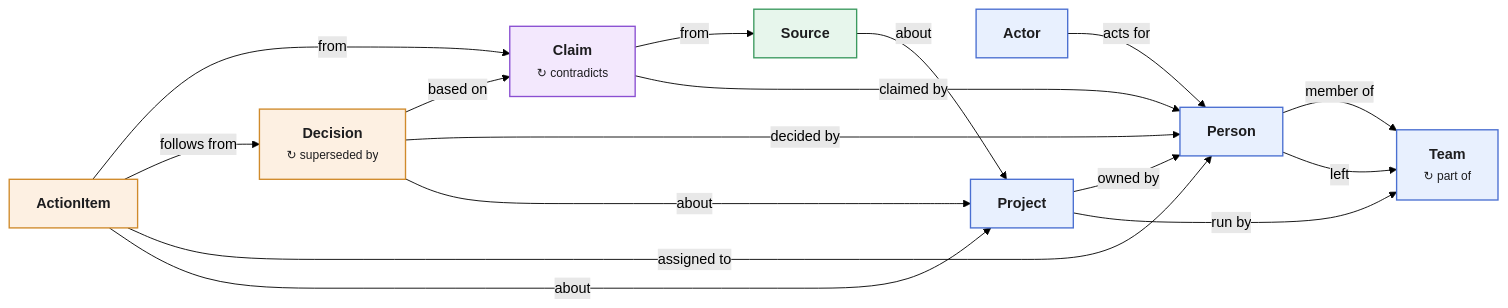
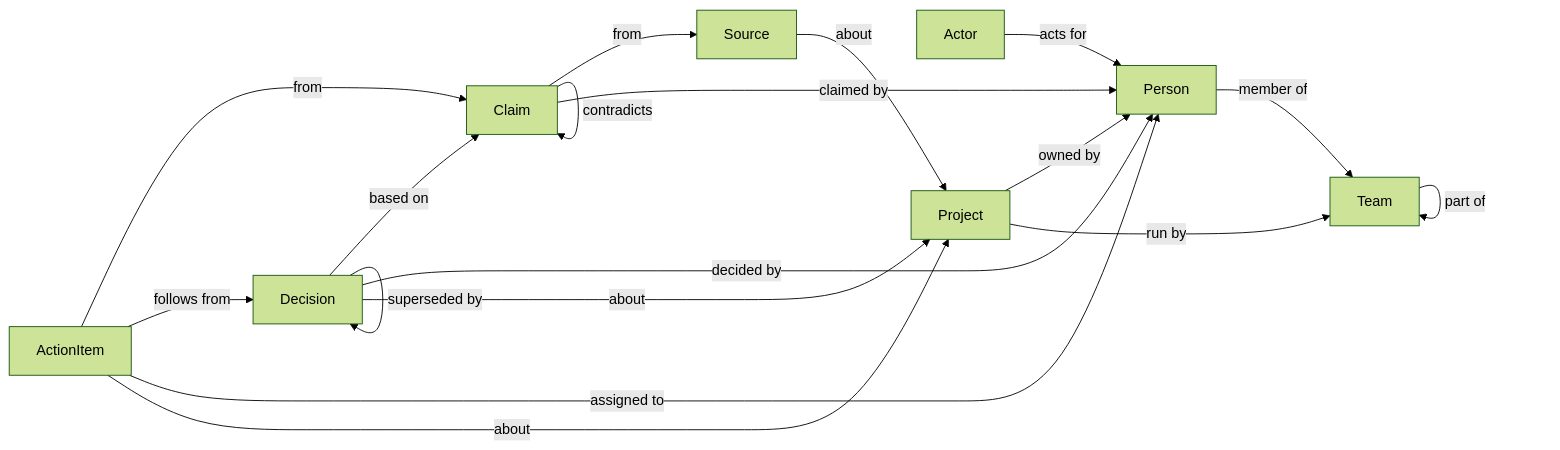
One commit to ModernRelay/omnigraph-cookbooks changed the diagram in company-brain/README.md. Above: the diagram before and after it, drawn with Mermaid (forest theme). The commit also changed other lines of this file and 11 other files, not shown here.

````diff
--- a/company-brain/README.md
+++ b/company-brain/README.md
@@ -45,35 +27,20 @@
 ```mermaid
----
-config:
-  flowchart:
-    wrappingWidth: 320
----
-flowchart LR
-  classDef L0 fill:#e8f0fe,stroke:#4a6fd1,color:#1d1d1f,stroke-width:1.5px
-  Person["<b>Person</b>"]:::L0
-  Actor["<b>Actor</b>"]:::L0
-  Team["<b>Team</b><br/><small>↻ part of</small>"]:::L0
-  Project["<b>Project</b>"]:::L0
-  classDef L1 fill:#e7f6ec,stroke:#3c9a5f,color:#1d1d1f,stroke-width:1.5px
-  Source["<b>Source</b>"]:::L1
-  classDef L2 fill:#f3e8fd,stroke:#8a4fd1,color:#1d1d1f,stroke-width:1.5px
-  Claim["<b>Claim</b><br/><small>↻ contradicts</small>"]:::L2
-  classDef L3 fill:#fdf0e2,stroke:#d08a2b,color:#1d1d1f,stroke-width:1.5px
-  Decision["<b>Decision</b><br/><small>↻ superseded by</small>"]:::L3
-  ActionItem["<b>ActionItem</b>"]:::L3
-  Person -->|"member of"| Team
-  Person -->|"left"| Team
-  Actor -->|"acts for"| Person
-  Project -->|"owned by"| Person
-  Project -->|"run by"| Team
-  Source -->|"about"| Project
-  Claim -->|"from"| Source
-  Claim -->|"claimed by"| Person
-  Decision -->|"based on"| Claim
-  Decision -->|"decided by"| Person
-  Decision -->|"about"| Project
-  ActionItem -->|"from"| Claim
-  ActionItem -->|"follows from"| Decision
-  ActionItem -->|"assigned to"| Person
-  ActionItem -->|"about"| Project
+graph LR
+  Person -- member of --> Team
+  Team -- part of --> Team
+  Actor -- acts for --> Person
+  Project -- owned by --> Person
+  Project -- run by --> Team
+  Source -- about --> Project
+  Claim -- from --> Source
+  Claim -- claimed by --> Person
+  Claim -- contradicts --> Claim
+  Decision -- based on --> Claim
+  Decision -- decided by --> Person
+  Decision -- about --> Project
+  Decision -- superseded by --> Decision
+  ActionItem -- from --> Claim
+  ActionItem -- follows from --> Decision
+  ActionItem -- assigned to --> Person
+  ActionItem -- about --> Project
 ```
````
